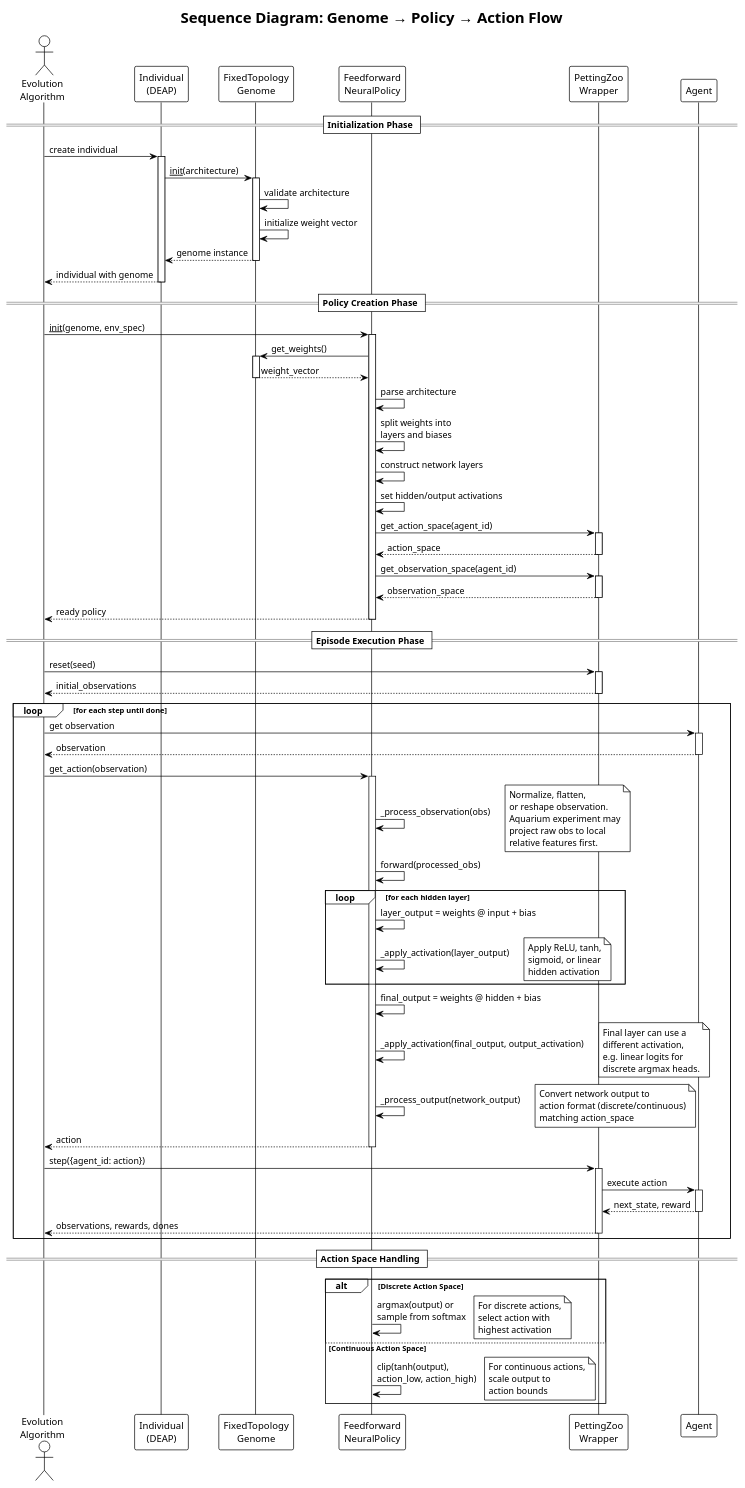
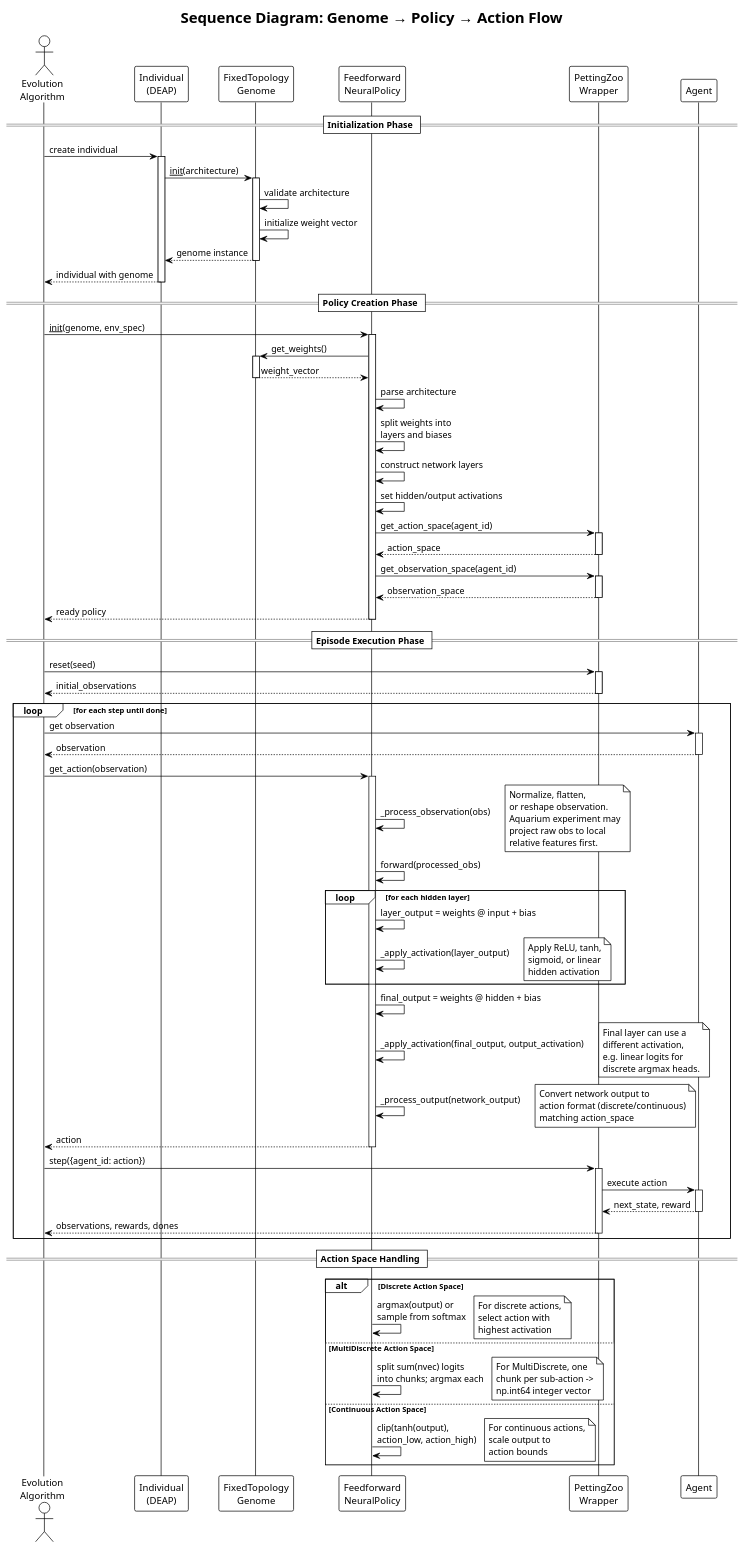
The diagram in docs/UML/sequence_genome_to_action.puml (Alex180504/DEAP-Zoo-bridge), drawn with PlantUML before and after one commit. The commit also changed 27 other files, not shown here.

Commit message:
Add support for MultiDiscrete PettingZoo enviroments

```diff
--- a/docs/UML/sequence_genome_to_action.puml
+++ b/docs/UML/sequence_genome_to_action.puml
@@ -1,135 +1,142 @@
 @startuml sequence_genome_to_action
 !theme plain
 title Sequence Diagram: Genome → Policy → Action Flow
 
 actor "Evolution\nAlgorithm" as EA
 participant "Individual\n(DEAP)" as Ind
 participant "FixedTopology\nGenome" as Genome
 participant "Feedforward\nNeuralPolicy" as Policy
 participant "PettingZoo\nWrapper" as Env
 participant "Agent" as Agent
 
 == Initialization Phase ==
 
 EA -> Ind : create individual
 activate Ind
 Ind -> Genome : __init__(architecture)
 activate Genome
 Genome -> Genome : validate architecture
 Genome -> Genome : initialize weight vector
 Genome --> Ind : genome instance
 deactivate Genome
 Ind --> EA : individual with genome
 deactivate Ind
 
 == Policy Creation Phase ==
 
 EA -> Policy : __init__(genome, env_spec)
 activate Policy
 Policy -> Genome : get_weights()
 activate Genome
 Genome --> Policy : weight_vector
 deactivate Genome
 
 Policy -> Policy : parse architecture
 Policy -> Policy : split weights into\nlayers and biases
 Policy -> Policy : construct network layers
 Policy -> Policy : set hidden/output activations
 Policy -> Env : get_action_space(agent_id)
 activate Env
 Env --> Policy : action_space
 deactivate Env
 
 Policy -> Env : get_observation_space(agent_id)
 activate Env
 Env --> Policy : observation_space
 deactivate Env
 
 Policy --> EA : ready policy
 deactivate Policy
 
 == Episode Execution Phase ==
 
 EA -> Env : reset(seed)
 activate Env
 Env --> EA : initial_observations
 deactivate Env
 
 loop for each step until done
     EA -> Agent : get observation
     activate Agent
     Agent --> EA : observation
     deactivate Agent
     
     EA -> Policy : get_action(observation)
     activate Policy
     
     Policy -> Policy : _process_observation(obs)
     note right
       Normalize, flatten,
       or reshape observation.
       Aquarium experiment may
       project raw obs to local
       relative features first.
     end note
     
     Policy -> Policy : forward(processed_obs)
     
     loop for each hidden layer
         Policy -> Policy : layer_output = weights @ input + bias
         Policy -> Policy : _apply_activation(layer_output)
         note right
           Apply ReLU, tanh,
           sigmoid, or linear
           hidden activation
         end note
     end loop
 
     Policy -> Policy : final_output = weights @ hidden + bias
     Policy -> Policy : _apply_activation(final_output, output_activation)
     note right
       Final layer can use a
       different activation,
       e.g. linear logits for
       discrete argmax heads.
     end note
     
     Policy -> Policy : _process_output(network_output)
     note right
       Convert network output to
       action format (discrete/continuous)
       matching action_space
     end note
     
     Policy --> EA : action
     deactivate Policy
     
     EA -> Env : step({agent_id: action})
     activate Env
     Env -> Agent : execute action
     activate Agent
     Agent --> Env : next_state, reward
     deactivate Agent
     Env --> EA : observations, rewards, dones
     deactivate Env
 end
 
 == Action Space Handling ==
 
 alt Discrete Action Space
     Policy -> Policy : argmax(output) or\nsample from softmax
     note right
       For discrete actions,
       select action with
       highest activation
     end note
+else MultiDiscrete Action Space
+    Policy -> Policy : split sum(nvec) logits\ninto chunks; argmax each
+    note right
+      For MultiDiscrete, one
+      chunk per sub-action ->
+      np.int64 integer vector
+    end note
 else Continuous Action Space
     Policy -> Policy : clip(tanh(output),\naction_low, action_high)
     note right
       For continuous actions,
       scale output to
       action bounds
     end note
 end
 
 @enduml
```
